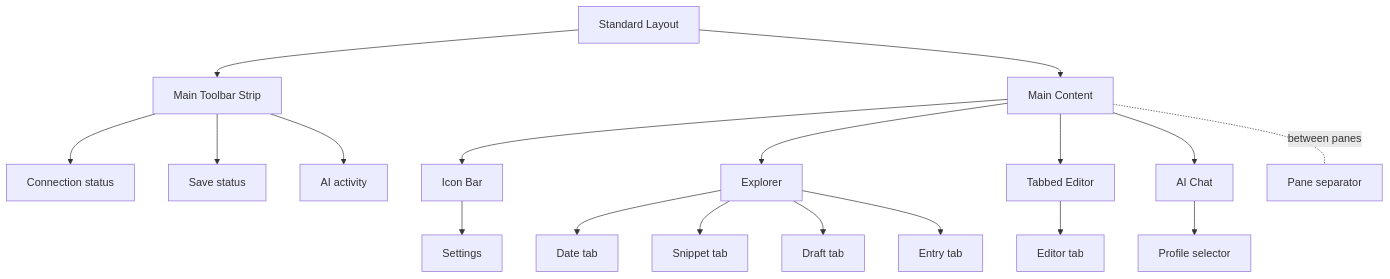
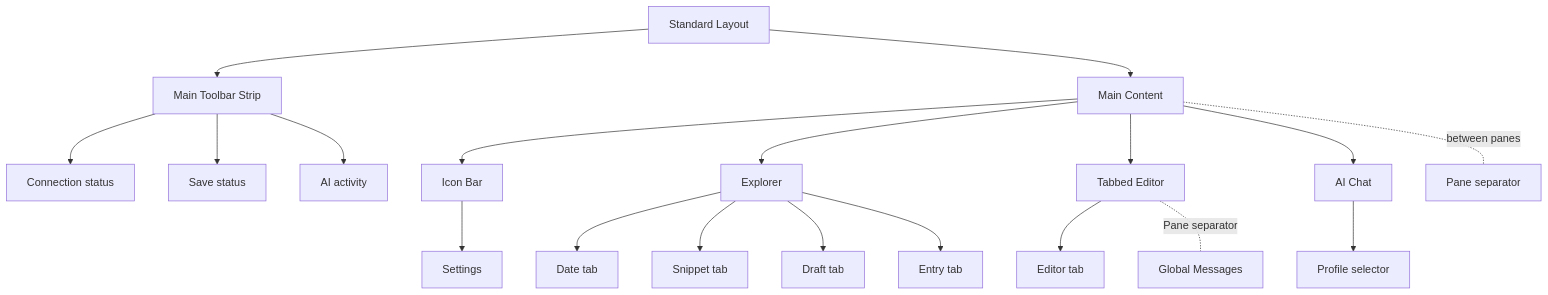
The diagram in docs/ux-information-architecture.md (pastry-personal5/narihitos-diary-gui), drawn with Mermaid before and after one commit. The commit also changed other lines of this file and 2 other files, not shown here.

Commit message:
docs: add Global Messages pane to UX docs

````diff
--- a/docs/ux-information-architecture.md
+++ b/docs/ux-information-architecture.md
@@ -7,20 +7,21 @@
 ```mermaid
 flowchart TB
   W[Standard Layout] --> T[Main Toolbar Strip]
   T --> CS[Connection status]
   T --> SS[Save status]
   T --> AI[AI activity]
   W --> B[Main Content]
   B --> I[Icon Bar]
   B --> E[Explorer]
   B --> C[Tabbed Editor]
   B --> A[AI Chat]
   C --> ET[Editor tab]
+  C -. Pane separator .- G[Global Messages]
   A --> PS[Profile selector]
   B -. between panes .- SP[Pane separator]
   I --> S[Settings]
   E --> D[Date tab]
   E --> N[Snippet tab]
   E --> F[Draft tab]
   E --> R[Entry tab]
 ```
````
